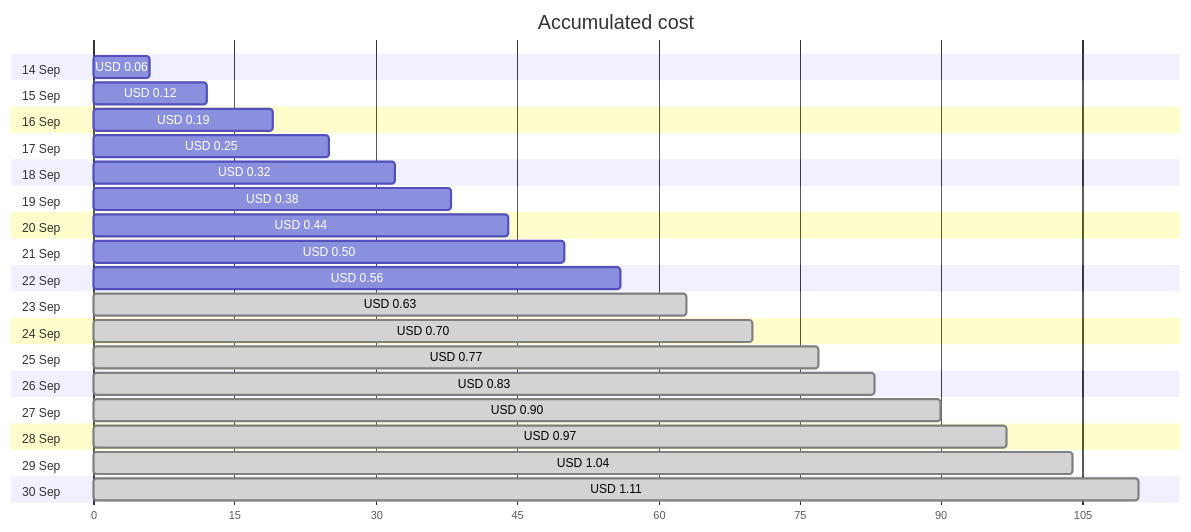
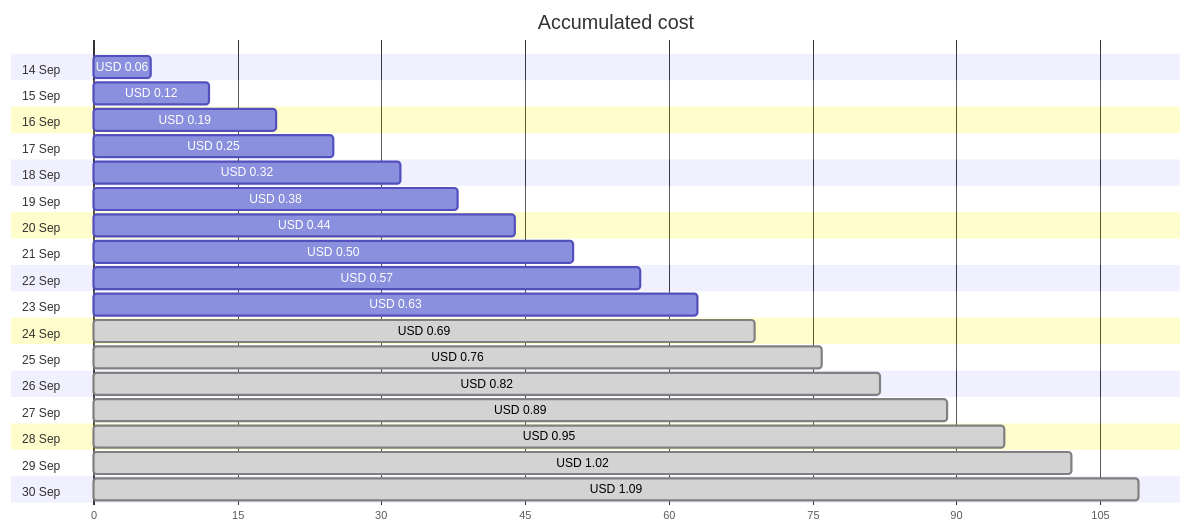
Before and after one commit to jpfulton/azure-personal-reports: the first of 4 diagrams in cost-reports/personal-network/backup-server_OsDisk.md, drawn with Mermaid. The commit also changed other lines of this file and 9 other files, not shown here.

````diff
--- a/cost-reports/personal-network/backup-server_OsDisk.md
+++ b/cost-reports/personal-network/backup-server_OsDisk.md
@@ -20,40 +20,40 @@
 ```mermaid
 gantt
    title Accumulated cost
    dateFormat  X
    axisFormat %s
    section 14 Sep
    USD 0.06 :0, 6
    section 15 Sep
    USD 0.12 :0, 12
    section 16 Sep
    USD 0.19 :0, 19
    section 17 Sep
    USD 0.25 :0, 25
    section 18 Sep
    USD 0.32 :0, 32
    section 19 Sep
    USD 0.38 :0, 38
    section 20 Sep
    USD 0.44 :0, 44
    section 21 Sep
    USD 0.50 :0, 50
    section 22 Sep
-   USD 0.56 :0, 56
+   USD 0.57 :0, 57
    section 23 Sep
-   USD 0.63 : done, 0, 63
+   USD 0.63 :0, 63
    section 24 Sep
-   USD 0.70 : done, 0, 70
+   USD 0.69 : done, 0, 69
    section 25 Sep
-   USD 0.77 : done, 0, 77
+   USD 0.76 : done, 0, 76
    section 26 Sep
-   USD 0.83 : done, 0, 83
+   USD 0.82 : done, 0, 82
    section 27 Sep
-   USD 0.90 : done, 0, 90
+   USD 0.89 : done, 0, 89
    section 28 Sep
-   USD 0.97 : done, 0, 97
+   USD 0.95 : done, 0, 95
    section 29 Sep
-   USD 1.04 : done, 0, 104
+   USD 1.02 : done, 0, 102
    section 30 Sep
-   USD 1.11 : done, 0, 111
+   USD 1.09 : done, 0, 109
 ```
````
